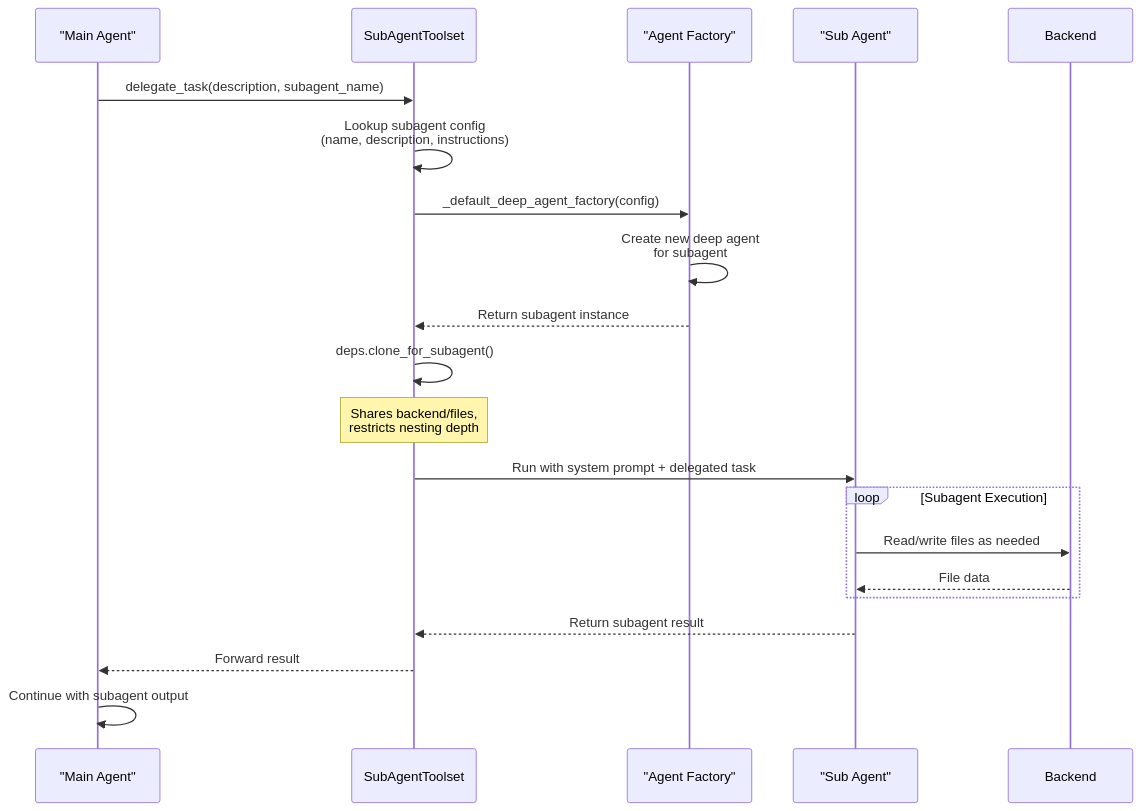
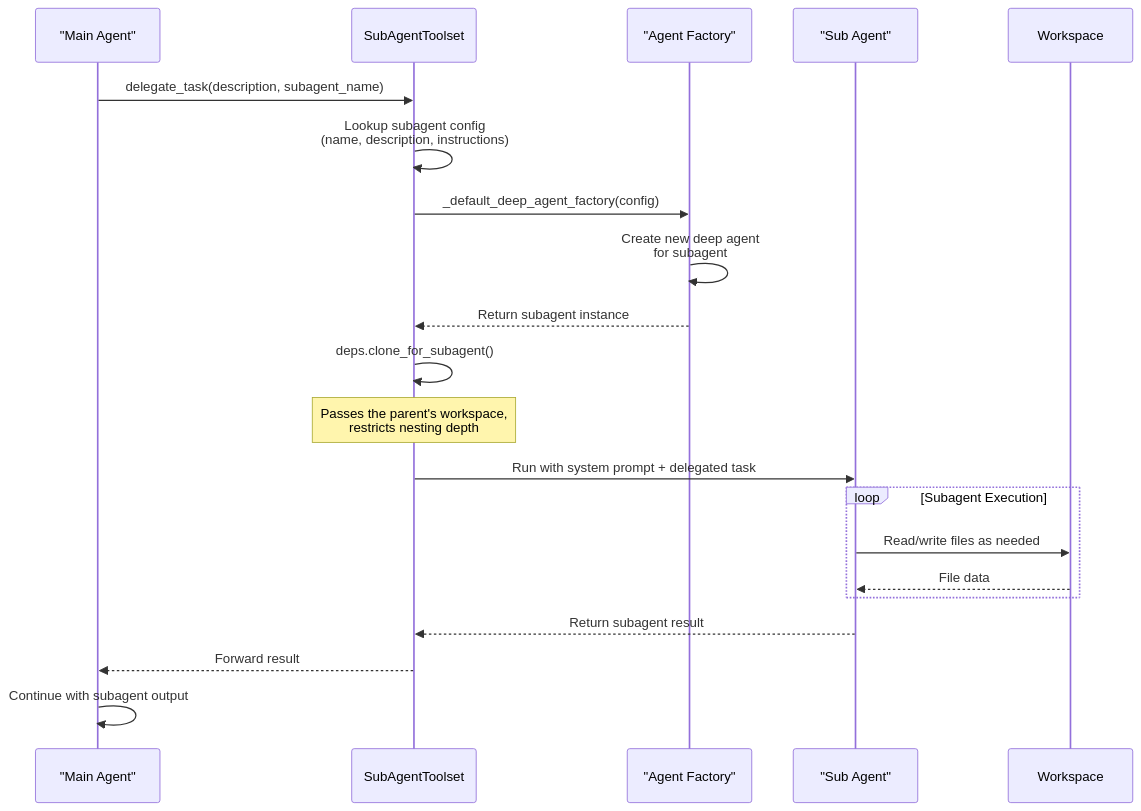
The second of 9 diagrams in docs/c4/3-workflow-overview.md (vstorm-co/pydantic-deepagents), drawn with Mermaid before and after one commit. The commit also changed other lines of this file and 68 other files, not shown here.

````diff
--- a/docs/c4/3-workflow-overview.md
+++ b/docs/c4/3-workflow-overview.md
@@ -80,29 +80,29 @@
 ```mermaid
 sequenceDiagram
     participant MainAgent as "Main Agent"
     participant SubAgentToolset
     participant AgentFactory as "Agent Factory"
     participant SubAgent as "Sub Agent"
-    participant Backend
+    participant Workspace
 
     MainAgent->>SubAgentToolset: delegate_task(description, subagent_name)
     SubAgentToolset->>SubAgentToolset: Lookup subagent config<br/>(name, description, instructions)
     SubAgentToolset->>AgentFactory: _default_deep_agent_factory(config)
 
     AgentFactory->>AgentFactory: Create new deep agent<br/>for subagent
     AgentFactory-->>SubAgentToolset: Return subagent instance
 
     SubAgentToolset->>SubAgentToolset: deps.clone_for_subagent()
-    Note over SubAgentToolset: Shares backend/files,<br/>restricts nesting depth
+    Note over SubAgentToolset: Passes the parent's workspace,<br/>restricts nesting depth
 
     SubAgentToolset->>SubAgent: Run with system prompt + delegated task
 
     loop Subagent Execution
-        SubAgent->>Backend: Read/write files as needed
-        Backend-->>SubAgent: File data
+        SubAgent->>Workspace: Read/write files as needed
+        Workspace-->>SubAgent: File data
     end
 
     SubAgent-->>SubAgentToolset: Return subagent result
     SubAgentToolset-->>MainAgent: Forward result
     MainAgent->>MainAgent: Continue with subagent output
 ```
````
